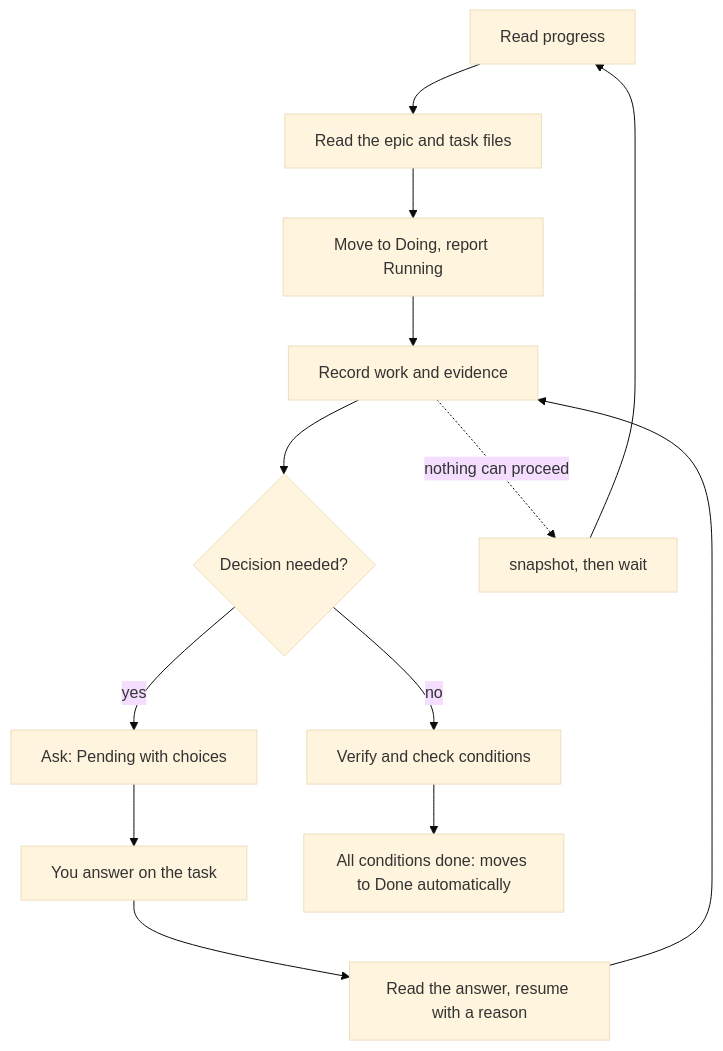
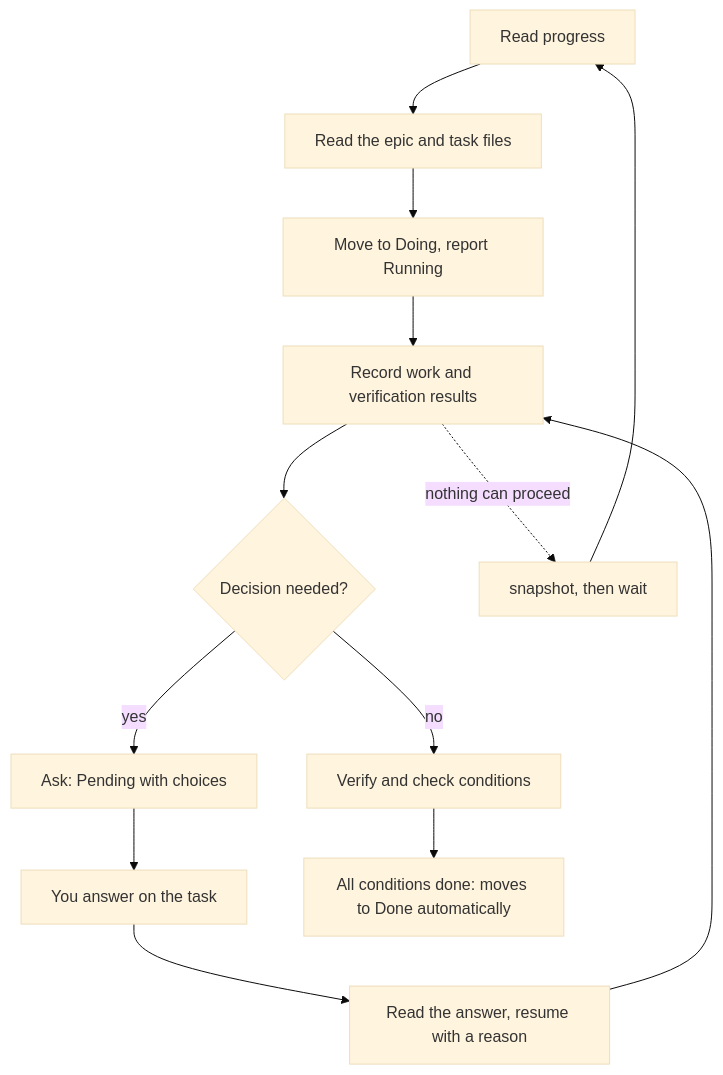
The diagram in docs/guide/automation/agents.md (FooQoo/agent-board), drawn with Mermaid (base theme) before and after one commit. The commit also changed other lines of this file and 55 other files, not shown here.

````diff
--- a/docs/guide/automation/agents.md
+++ b/docs/guide/automation/agents.md
@@ -44,15 +44,15 @@
 ```mermaid
 flowchart TD
     P["Read progress"] --> R["Read the epic and task files"]
     R --> D["Move to Doing, report Running"]
-    D --> L["Record work and evidence"]
+    D --> L["Record work and verification results"]
     L --> Q{"Decision needed?"}
     Q -- yes --> PE["Ask: Pending with choices"]
     PE --> A["You answer on the task"]
     A --> RE["Read the answer, resume with a reason"]
     RE --> L
     Q -- no --> V["Verify and check conditions"]
     V --> DN["All conditions done: moves to Done automatically"]
     L -. nothing can proceed .-> W["snapshot, then wait"]
     W --> P
 ```
````
